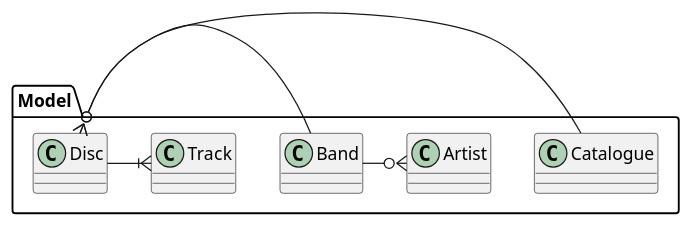
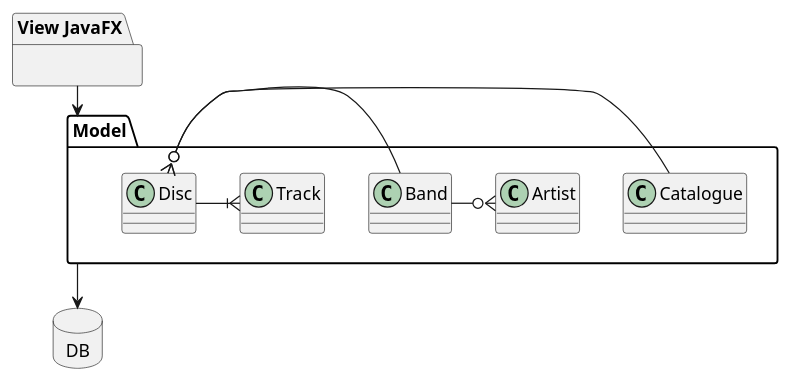
Before and after one commit to AxoKoi/BandurriaJ: the diagram in doc/design/Entities/Entities.puml, drawn with PlantUML.

Commit message:
Add DB and View

```diff
--- a/doc/design/Entities/Entities.puml
+++ b/doc/design/Entities/Entities.puml
@@ -1,18 +1,30 @@
 @startuml
 
-package "Model" {
+package "View JavaFX" as Front {
+
+}
+
+
+package "Model" as Model{
 'Entities definition
  class Disc
  class Catalogue
  class Artist
  class Band
  class Track
 
 'Relationships
   Disc }o- Catalogue
   Disc }o- Band
   Band -o{ Artist
   Disc -|{ Track
 }
 
+database DB [
+  DB
+]
+
+    Front --> Model
+    Model --> DB
+
 @enduml
```
